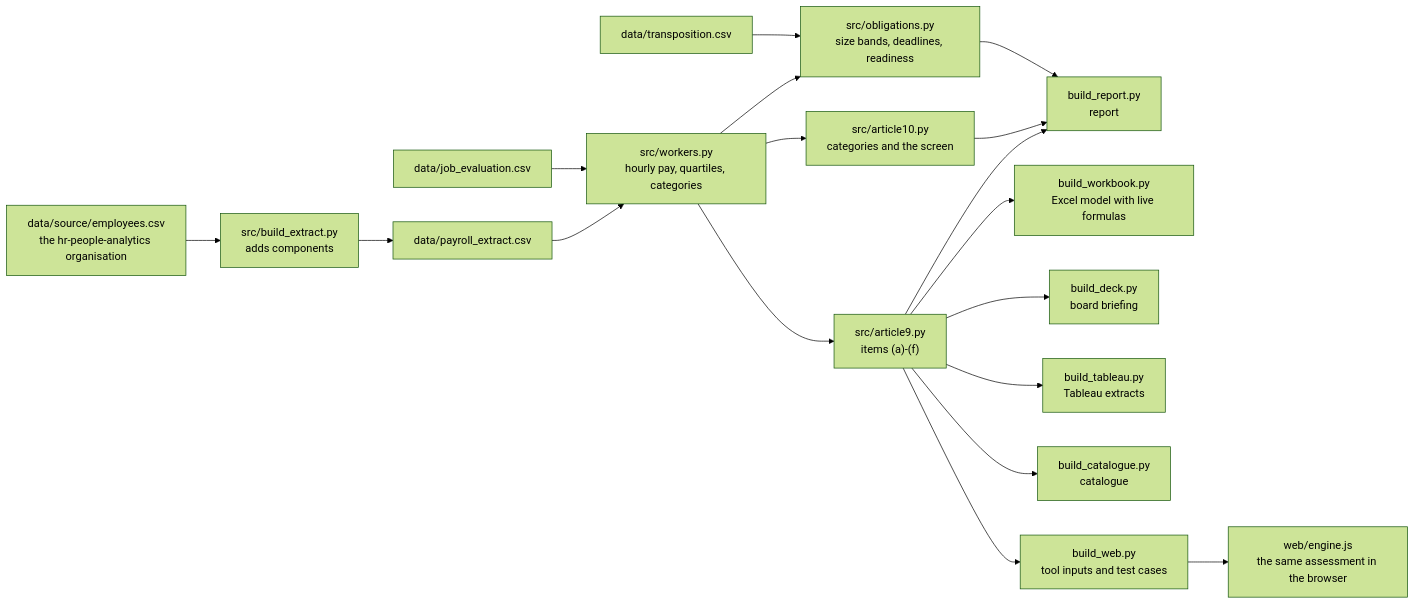
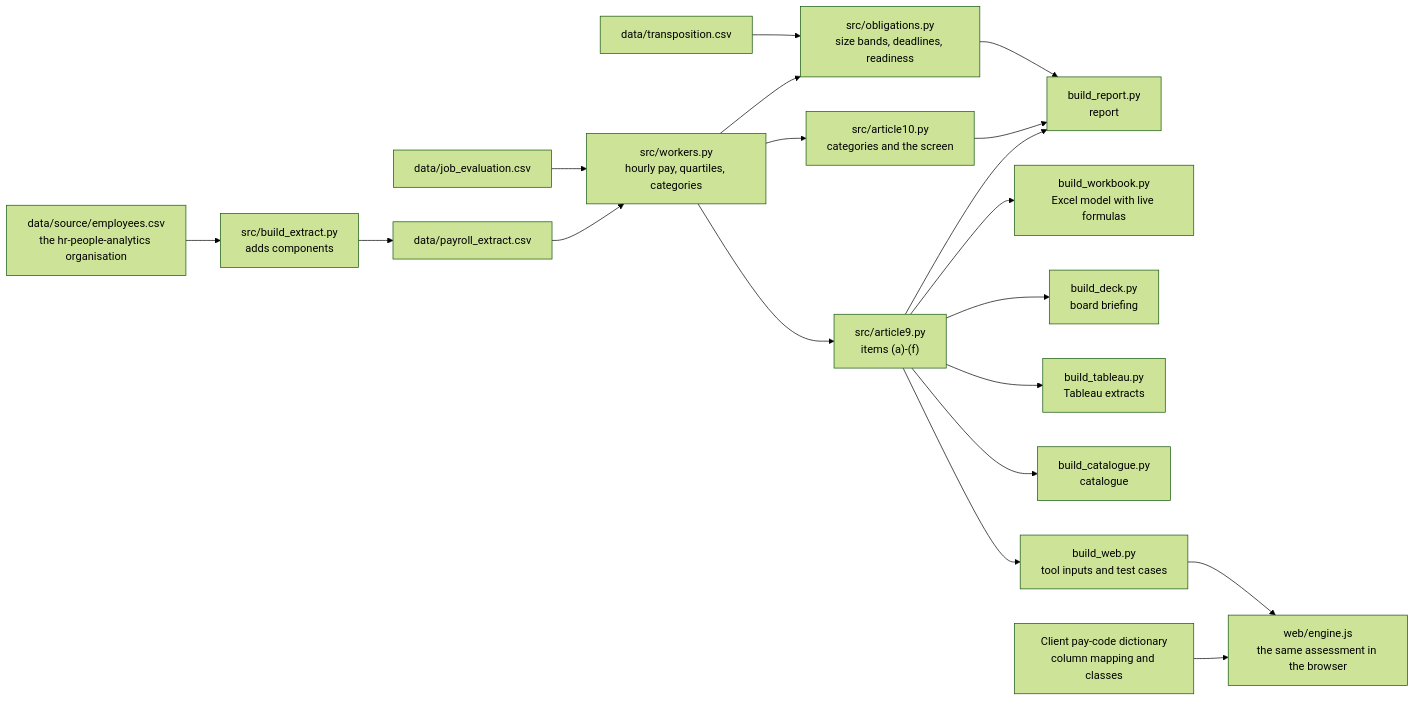
Before and after one commit to D0M3N1C0X/pay-transparency-readiness-kit: the diagram in docs/architecture.md, drawn with Mermaid (forest theme). The commit also changed other lines of this file, not shown here.

Commit message:
[skip ci] document local pay-code mapping flow

````diff
--- a/docs/architecture.md
+++ b/docs/architecture.md
@@ -9,20 +9,21 @@
 ```mermaid
 flowchart LR
     S["data/source/employees.csv<br>the hr-people-analytics organisation"] --> X["src/build_extract.py<br>adds components"]
     X --> E["data/payroll_extract.csv"]
     E --> W["src/workers.py<br>hourly pay, quartiles, categories"]
     J["data/job_evaluation.csv"] --> W
     W --> A9["src/article9.py<br>items (a)-(f)"]
     W --> A10["src/article10.py<br>categories and the screen"]
     W --> O["src/obligations.py<br>size bands, deadlines, readiness"]
     T["data/transposition.csv"] --> O
     A9 --> R["build_report.py<br>report"]
     A10 --> R
     O --> R
     A9 --> X2["build_workbook.py<br>Excel model with live formulas"]
     A9 --> D["build_deck.py<br>board briefing"]
     A9 --> TB["build_tableau.py<br>Tableau extracts"]
     A9 --> C["build_catalogue.py<br>catalogue"]
     A9 --> WB["build_web.py<br>tool inputs and test cases"]
+    M["Client pay-code dictionary<br>column mapping and classes"] --> JS
     WB --> JS["web/engine.js<br>the same assessment in the browser"]
 ```
````
